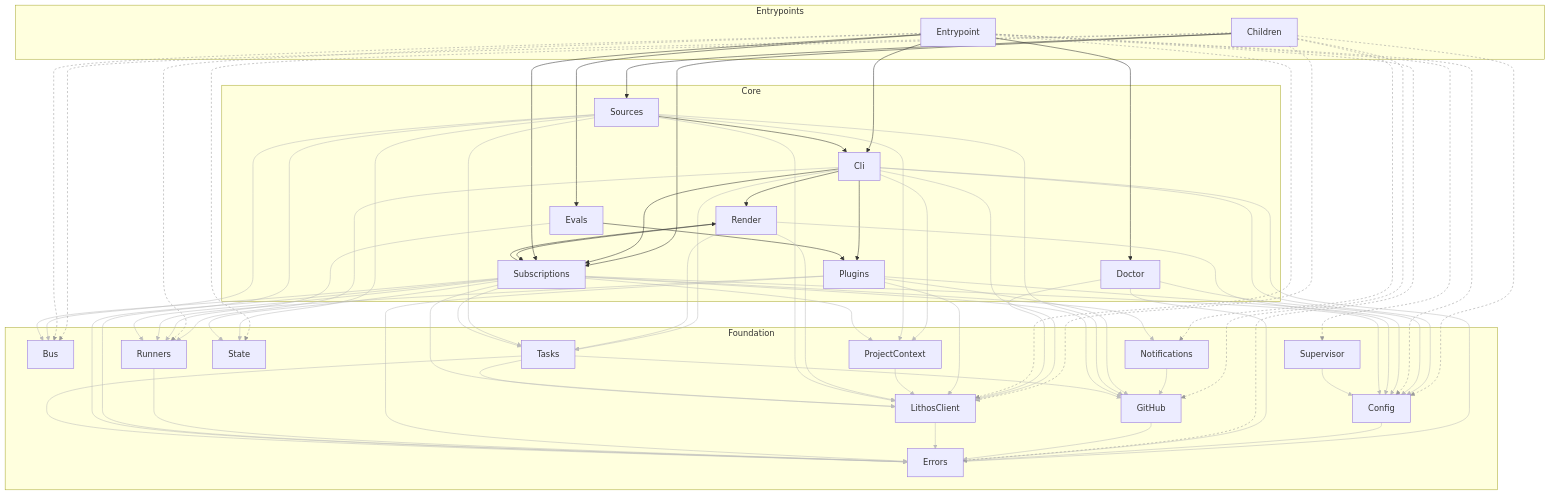
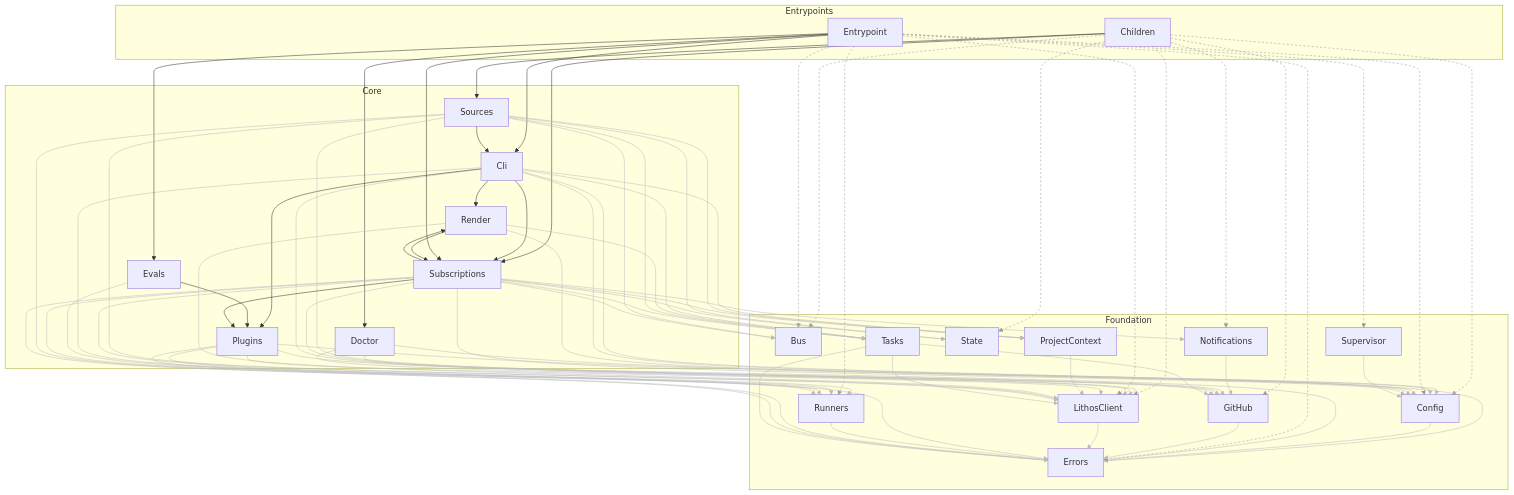
One commit to agent-lore/lithos-loom changed the diagram in docs/generated/architecture.md. Above: the diagram before and after it, drawn with Mermaid. The commit also changed 33 other files, not shown here.

````diff
--- a/docs/generated/architecture.md
+++ b/docs/generated/architecture.md
@@ -112,6 +112,7 @@
   Subscriptions --> GitHub
   Subscriptions --> LithosClient
   Subscriptions --> Notifications
+  Subscriptions --> Plugins
   Subscriptions --> ProjectContext
   Subscriptions --> Render
   Subscriptions --> Runners
@@ -170,12 +171,12 @@
   linkStyle 58 stroke:#bbb
   linkStyle 59 stroke:#bbb
   linkStyle 60 stroke:#bbb
-  linkStyle 61 stroke:#bbb
-  linkStyle 63 stroke:#bbb
+  linkStyle 62 stroke:#bbb
   linkStyle 64 stroke:#bbb
   linkStyle 65 stroke:#bbb
   linkStyle 66 stroke:#bbb
   linkStyle 67 stroke:#bbb
   linkStyle 68 stroke:#bbb
   linkStyle 69 stroke:#bbb
+  linkStyle 70 stroke:#bbb
 ```
````
